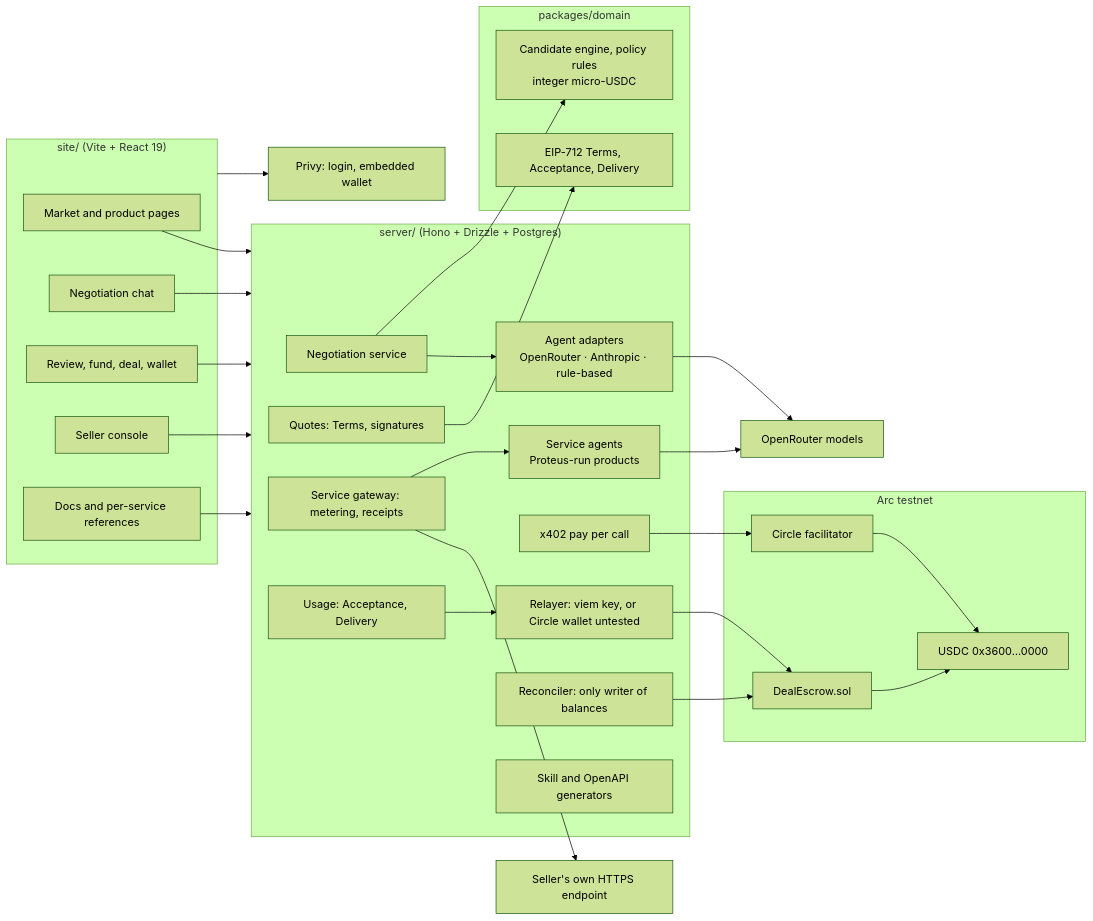
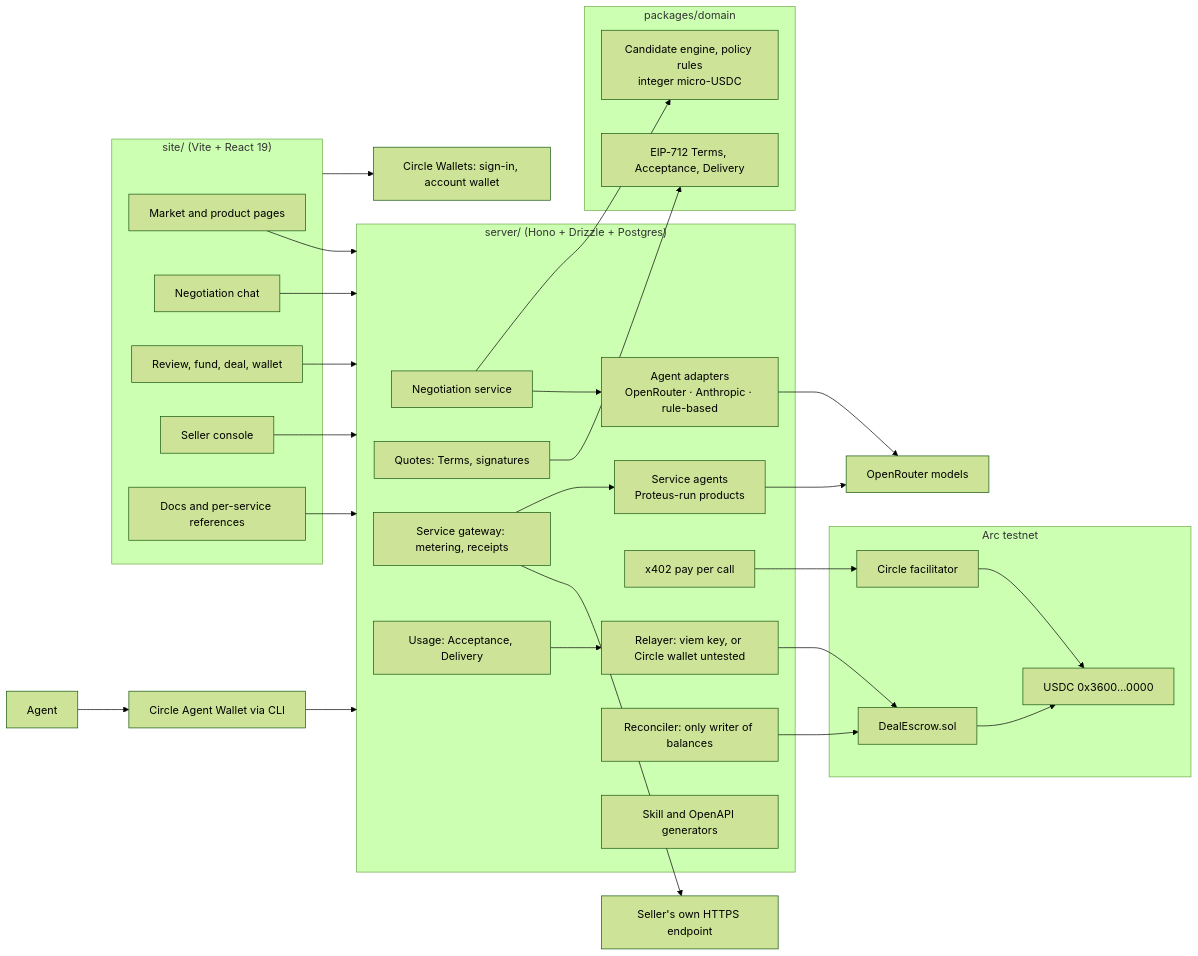
Before and after one commit to Adityaakr/proteus: the second of 3 diagrams in README.md, drawn with Mermaid (forest theme). The commit also changed other lines of this file and 10 other files, not shown here.

Commit message:
Circle Wallets for people and agents: README, hero trust line, sign-in footer, FAQ, custody note, agent skill

````diff
--- a/README.md
+++ b/README.md
@@ -116,50 +122,52 @@
 ```mermaid
 flowchart LR
     subgraph Client["site/ (Vite + React 19)"]
         M[Market and product pages]
         N[Negotiation chat]
         D[Review, fund, deal, wallet]
         C[Seller console]
         DOC[Docs and per-service references]
     end
 
     subgraph API["server/ (Hono + Drizzle + Postgres)"]
         NEG[Negotiation service]
         AG[Agent adapters<br/>OpenRouter · Anthropic · rule-based]
         Q[Quotes: Terms, signatures]
         GW[Service gateway: metering, receipts]
         W[Service agents<br/>Proteus-run products]
         X[x402 pay per call]
         U[Usage: Acceptance, Delivery]
         R[Relayer: viem key, or Circle wallet untested]
         REC[Reconciler: only writer of balances]
         AD[Skill and OpenAPI generators]
     end
 
     subgraph Domain["packages/domain"]
         PR[Candidate engine, policy rules<br/>integer micro-USDC]
         T[EIP-712 Terms, Acceptance, Delivery]
     end
 
     subgraph Chain["Arc testnet"]
         ESC[DealEscrow.sol]
         USDC[USDC 0x3600…0000]
         FAC[Circle facilitator]
     end
 
     EXT[Seller's own HTTPS endpoint]
     LLM[OpenRouter models]
-    PRIVY[Privy: login, embedded wallet]
+    CW[Circle Wallets: sign-in, account wallet]
+    AW[Circle Agent Wallet via CLI]
 
     M & N & D & C & DOC --> API
     NEG --> AG --> LLM
     NEG --> PR
     Q --> T
     GW --> EXT
     GW --> W --> LLM
     U --> R --> ESC
     X --> FAC --> USDC
     REC --> ESC
     ESC --> USDC
-    Client --> PRIVY
+    Client --> CW
+    Agent --> AW --> API
 ```
````
